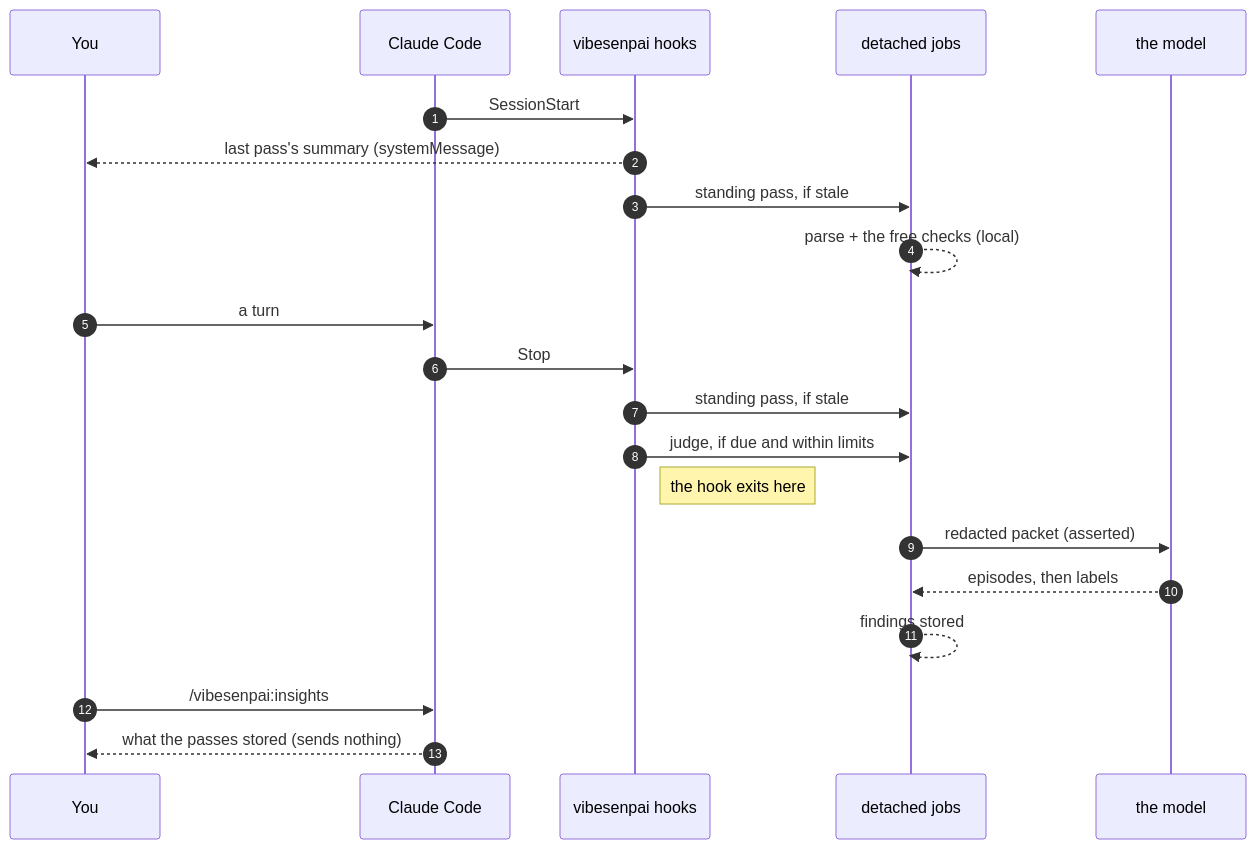
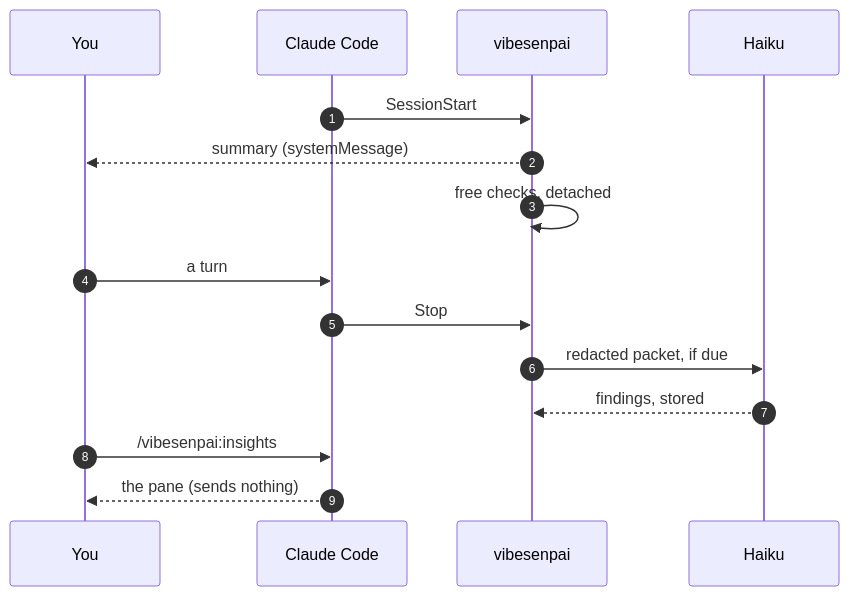
One commit to vibesenpai/vibesenpai changed the diagram in site/src/diagrams/hook-lifecycle.mmd. Above: the diagram before and after it, drawn with Mermaid. The commit also changed 54 other files, not shown here.

```diff
--- a/site/src/diagrams/hook-lifecycle.mmd
+++ b/site/src/diagrams/hook-lifecycle.mmd
@@ -1,24 +1,16 @@
 sequenceDiagram
   autonumber
   participant You
   participant CC as Claude Code
-  participant H as vibesenpai hooks
-  participant W as detached jobs
-  participant M as the model
+  participant V as vibesenpai
+  participant M as Haiku
 
-  CC->>H: SessionStart
-  H-->>You: last pass's summary (systemMessage)
-  H->>W: standing pass, if stale
-  W-->>W: parse + the free checks (local)
-
+  CC->>V: SessionStart
+  V-->>You: summary (systemMessage)
+  V->>V: free checks, detached
   You->>CC: a turn
-  CC->>H: Stop
-  H->>W: standing pass, if stale
-  H->>W: judge, if due and within limits
-  Note right of H: the hook exits here
-  W->>M: redacted packet (asserted)
-  M-->>W: episodes, then labels
-  W-->>W: findings stored
-
+  CC->>V: Stop
+  V->>M: redacted packet, if due
+  M-->>V: findings, stored
   You->>CC: /vibesenpai:insights
-  CC-->>You: what the passes stored (sends nothing)
+  CC-->>You: the pane (sends nothing)
```
